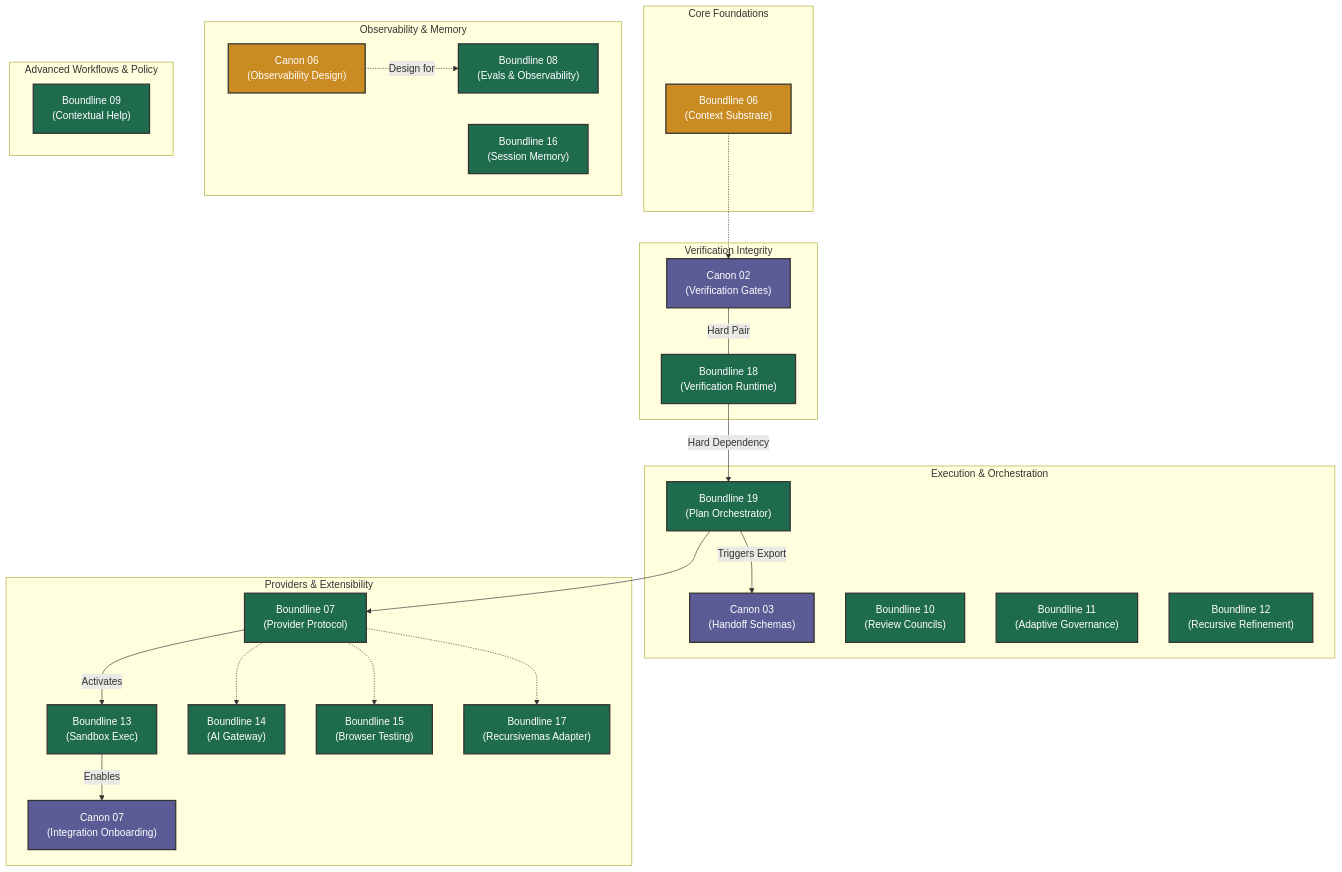
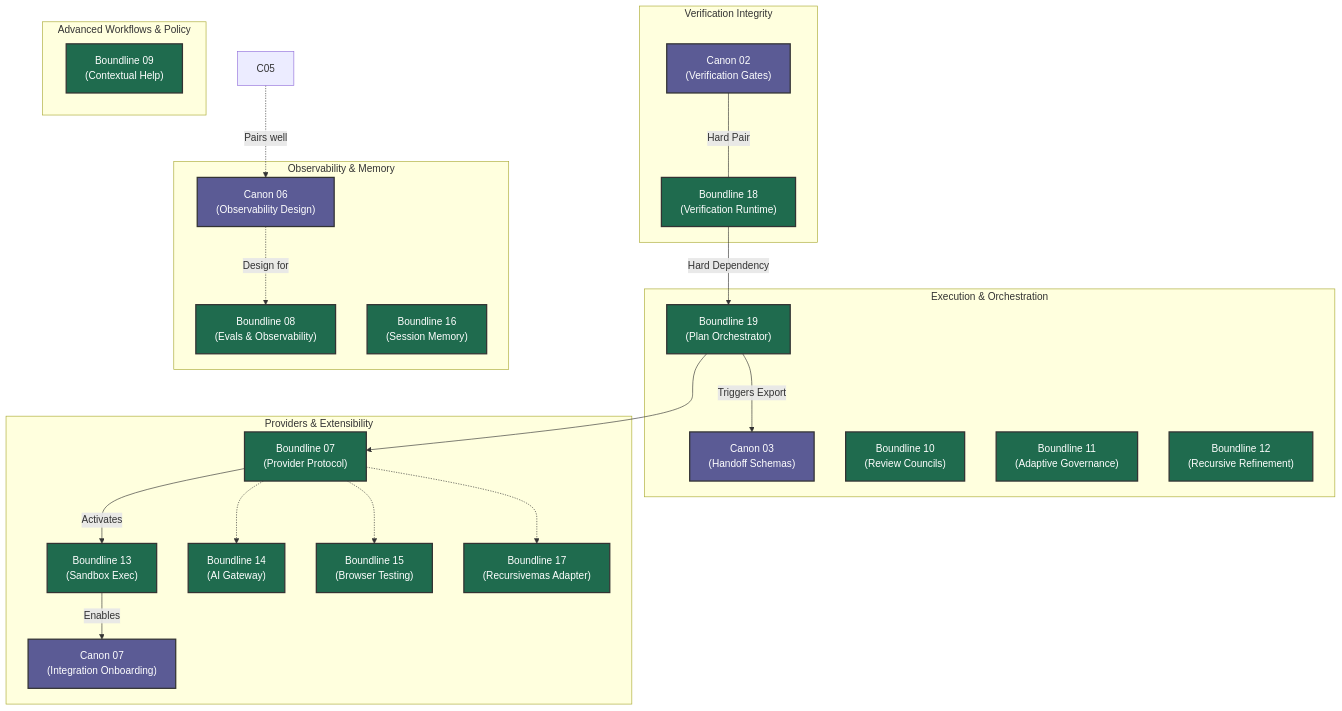
Before and after one commit to apply-the/boundline: the diagram in roadmap/joint-roadmap-graph.md, drawn with Mermaid. The commit also changed other lines of this file and 98 other files, not shown here.

Commit message:
feat(context): add large-codebase context substrate and local cache guards

````diff
--- a/roadmap/joint-roadmap-graph.md
+++ b/roadmap/joint-roadmap-graph.md
@@ -7,58 +7,53 @@
 ```mermaid
 flowchart TD
     %% Styling
     classDef canon fill:#5b5b95,stroke:#333,stroke-width:2px,color:#fff
     classDef boundline fill:#1f6b4e,stroke:#333,stroke-width:2px,color:#fff
-    classDef nextUp fill:#c98b22,stroke:#333,stroke-width:2px,color:#fff
-
-    subgraph Core Foundations
-        B06["Boundline 06<br/>(Context Substrate)"]:::nextUp
-    end
 
     subgraph Verification Integrity
         C02["Canon 02<br/>(Verification Gates)"]:::canon
         B18["Boundline 18<br/>(Verification Runtime)"]:::boundline
     end
 
     subgraph Execution & Orchestration
         B19["Boundline 19<br/>(Plan Orchestrator)"]:::boundline
         C03["Canon 03<br/>(Handoff Schemas)"]:::canon
         B10["Boundline 10<br/>(Review Councils)"]:::boundline
         B11["Boundline 11<br/>(Adaptive Governance)"]:::boundline
         B12["Boundline 12<br/>(Recursive Refinement)"]:::boundline
     end
 
     subgraph Providers & Extensibility
         B07["Boundline 07<br/>(Provider Protocol)"]:::boundline
         B13["Boundline 13<br/>(Sandbox Exec)"]:::boundline
         C07["Canon 07<br/>(Integration Onboarding)"]:::canon
         B14["Boundline 14<br/>(AI Gateway)"]:::boundline
         B15["Boundline 15<br/>(Browser Testing)"]:::boundline
         B17["Boundline 17<br/>(Recursivemas Adapter)"]:::boundline
     end
 
     subgraph Observability & Memory
-        C06["Canon 06<br/>(Observability Design)"]:::nextUp
+        C06["Canon 06<br/>(Observability Design)"]:::canon
         B08["Boundline 08<br/>(Evals & Observability)"]:::boundline
         B16["Boundline 16<br/>(Session Memory)"]:::boundline
     end
 
     subgraph Advanced Workflows & Policy
         B09["Boundline 09<br/>(Contextual Help)"]:::boundline
     end
 
     %% Key Dependencies
-    B06 -.-> C02
     C02 ---|Hard Pair| B18
     B18 -->|Hard Dependency| B19
     B19 -->|Triggers Export| C03
     B19 --> B07
     B07 -->|Activates| B13
     B13 -->|Enables| C07
     
     B07 -.-> B14
     B07 -.-> B15
     B07 -.-> B17
     
     C06 -.->|Design for| B08
+    C05 -.->|Pairs well| C06
 ```
````
